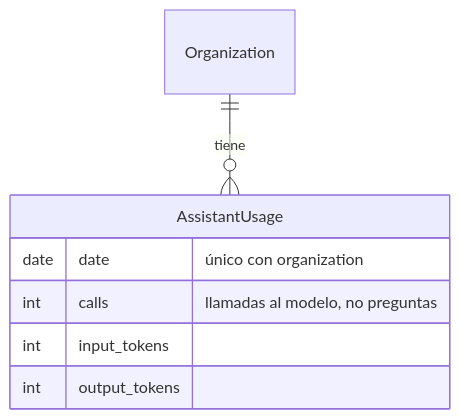
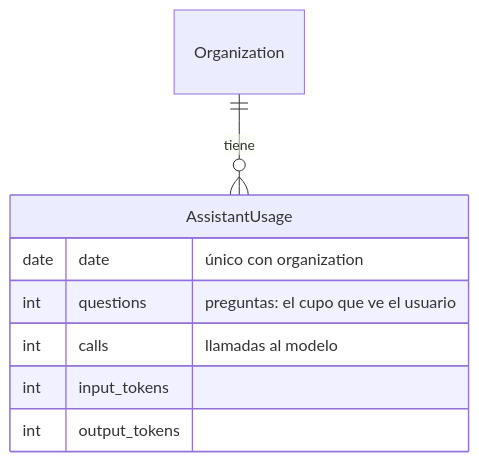
One commit to carborgar/agrogest changed the third of 5 diagrams in assistant/README.md. Above: the diagram before and after it, drawn with Mermaid. The commit also changed other lines of this file and 39 other files, not shown here.

````diff
--- a/assistant/README.md
+++ b/assistant/README.md
@@ -100,10 +100,11 @@
 ```mermaid
 erDiagram
     Organization ||--o{ AssistantUsage : tiene
     AssistantUsage {
         date date "único con organization"
-        int calls "llamadas al modelo, no preguntas"
+        int questions "preguntas: el cupo que ve el usuario"
+        int calls "llamadas al modelo"
         int input_tokens
         int output_tokens
     }
 ```
````
